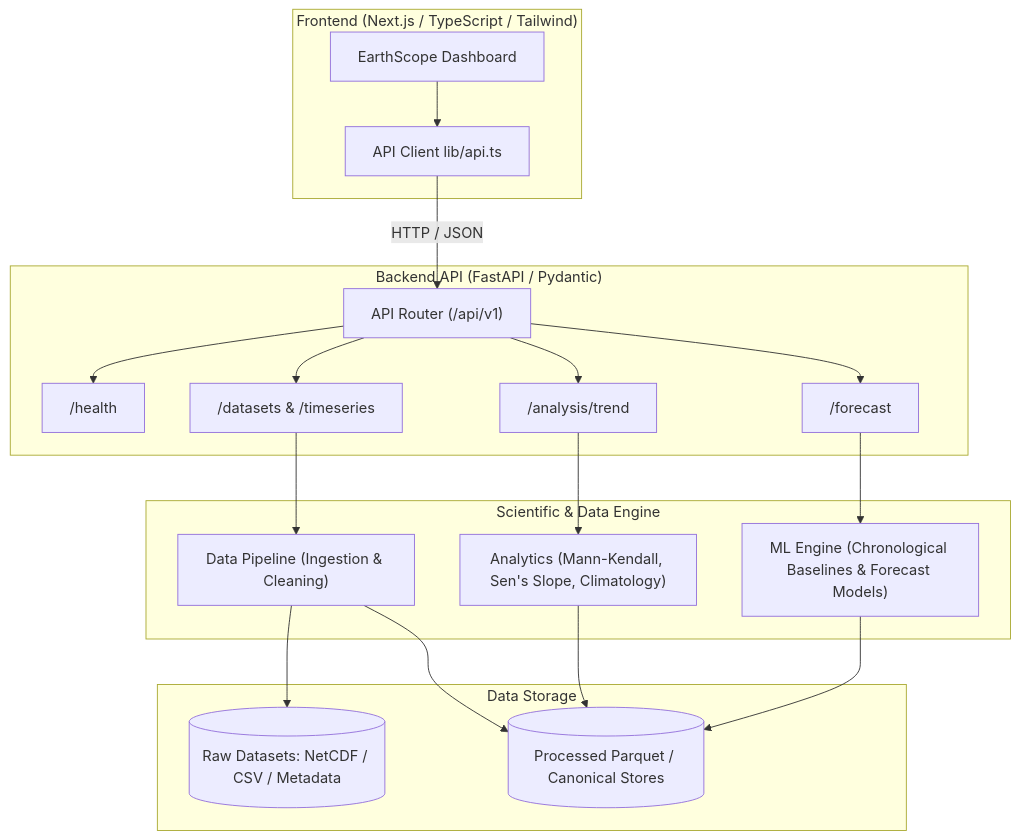
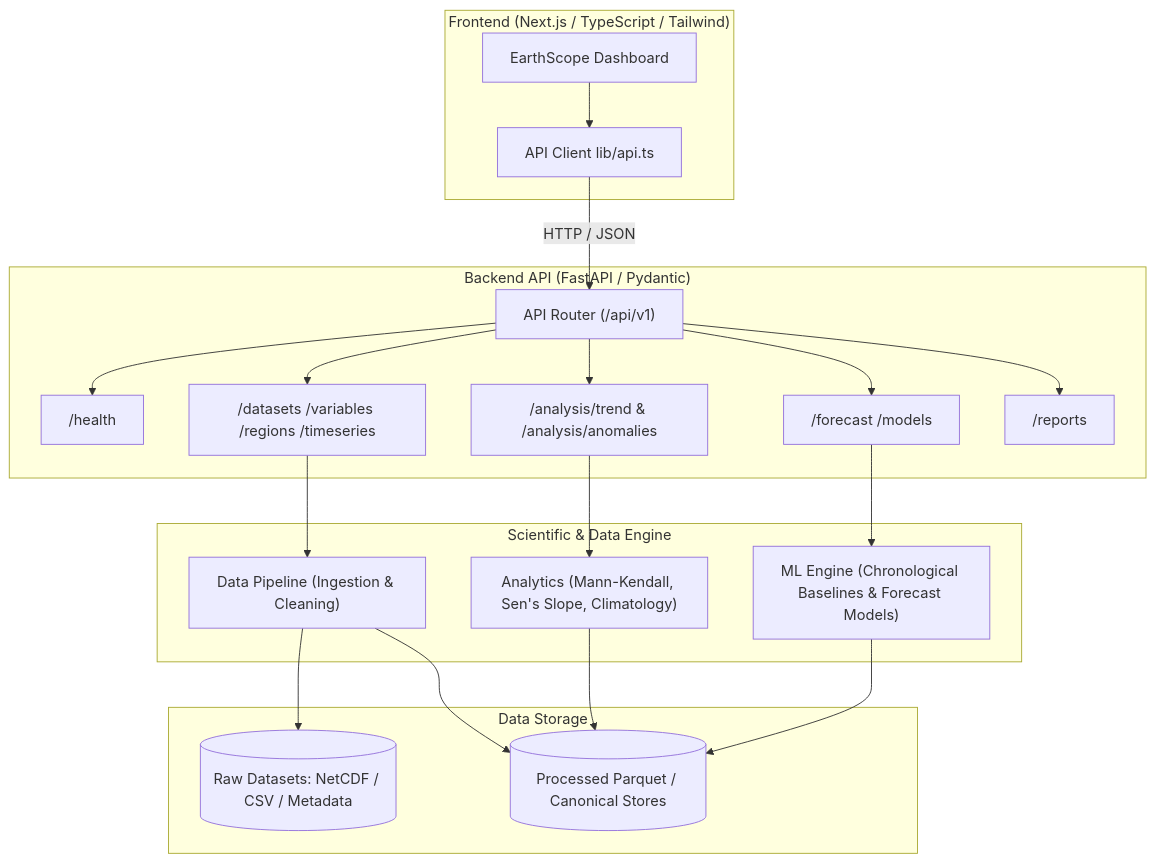
One commit to fasitahir/earth-system-trend-detective changed the diagram in docs/architecture.md. Above: the diagram before and after it, drawn with Mermaid. The commit also changed other lines of this file and 38 other files, not shown here.

````diff
--- a/docs/architecture.md
+++ b/docs/architecture.md
@@ -10,40 +10,42 @@
 ```mermaid
 flowchart TD
     subgraph Frontend["Frontend (Next.js / TypeScript / Tailwind)"]
         UI[EarthScope Dashboard]
         APIClient[API Client lib/api.ts]
         UI --> APIClient
     end
 
     subgraph Backend["Backend API (FastAPI / Pydantic)"]
         Router["API Router (/api/v1)"]
         HealthEP["/health"]
-        DataEP["/datasets & /timeseries"]
-        TrendEP["/analysis/trend"]
-        ForecastEP["/forecast"]
+        DataEP["/datasets /variables /regions /timeseries"]
+        TrendEP["/analysis/trend & /analysis/anomalies"]
+        ForecastEP["/forecast /models"]
+        ReportsEP["/reports"]
         Router --> HealthEP
         Router --> DataEP
         Router --> TrendEP
         Router --> ForecastEP
+        Router --> ReportsEP
     end
 
     subgraph Scientific["Scientific & Data Engine"]
         Ingestion["Data Pipeline (Ingestion & Cleaning)"]
         Analytics["Analytics (Mann-Kendall, Sen's Slope, Climatology)"]
         ML["ML Engine (Chronological Baselines & Forecast Models)"]
     end
 
     subgraph Storage["Data Storage"]
         RawData[("Raw Datasets: NetCDF / CSV / Metadata")]
         ProcessedData[("Processed Parquet / Canonical Stores")]
     end
 
     APIClient -->|HTTP / JSON| Router
     DataEP --> Ingestion
     TrendEP --> Analytics
     ForecastEP --> ML
     Ingestion --> RawData
     Ingestion --> ProcessedData
     Analytics --> ProcessedData
     ML --> ProcessedData
 ```
````
